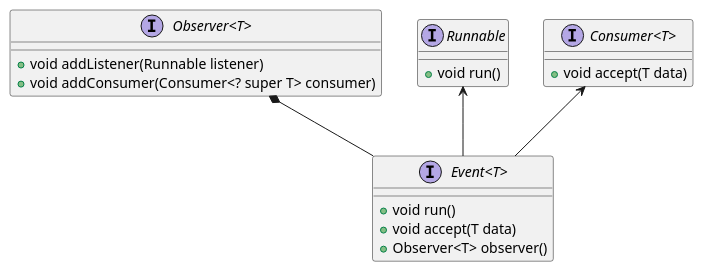
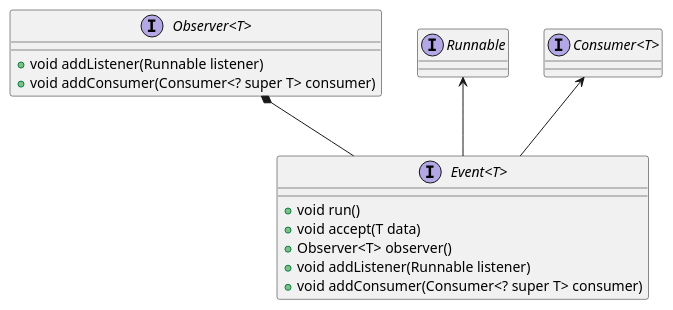
One commit to codion-is/codion changed the first of 3 diagrams in documentation/src/docs/asciidoc/manual/common-core.adoc. Above: the diagram before and after it, drawn with PlantUML. The commit also changed other lines of this file and 9 other files, not shown here.

```diff
--- a/documentation/src/docs/asciidoc/manual/common-core.adoc
+++ b/documentation/src/docs/asciidoc/manual/common-core.adoc
@@ -12,27 +12,25 @@
 [plantuml,event-diagram,svg,align=center]
 -------------------------------------------
 skinparam genericDisplay old
 
 interface Event<T> {
     +void run()
     +void accept(T data)
     +Observer<T> observer()
+    +void addListener(Runnable listener)
+    +void addConsumer(Consumer<? super T> consumer)
 }
 
 interface Observer<T> {
     +void addListener(Runnable listener)
     +void addConsumer(Consumer<? super T> consumer)
 }
 
-interface Runnable {
-    + void run()
-}
+interface Runnable {}
 
-interface Consumer<T> {
-    + void accept(T data)
-}
+interface Consumer<T> {}
 
 Runnable <-- Event
 Consumer <-- Event
 Observer *-- Event
 -------------------------------------------
```
